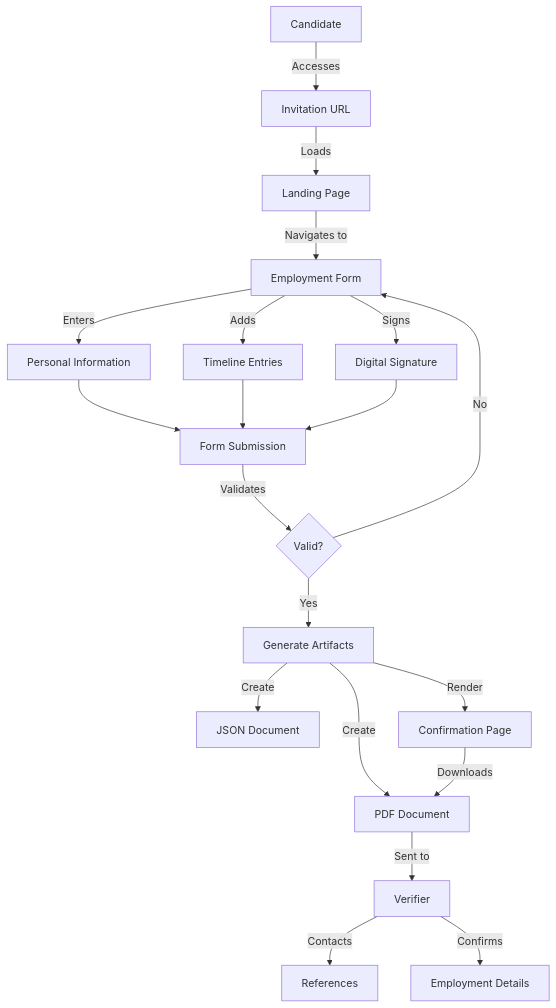
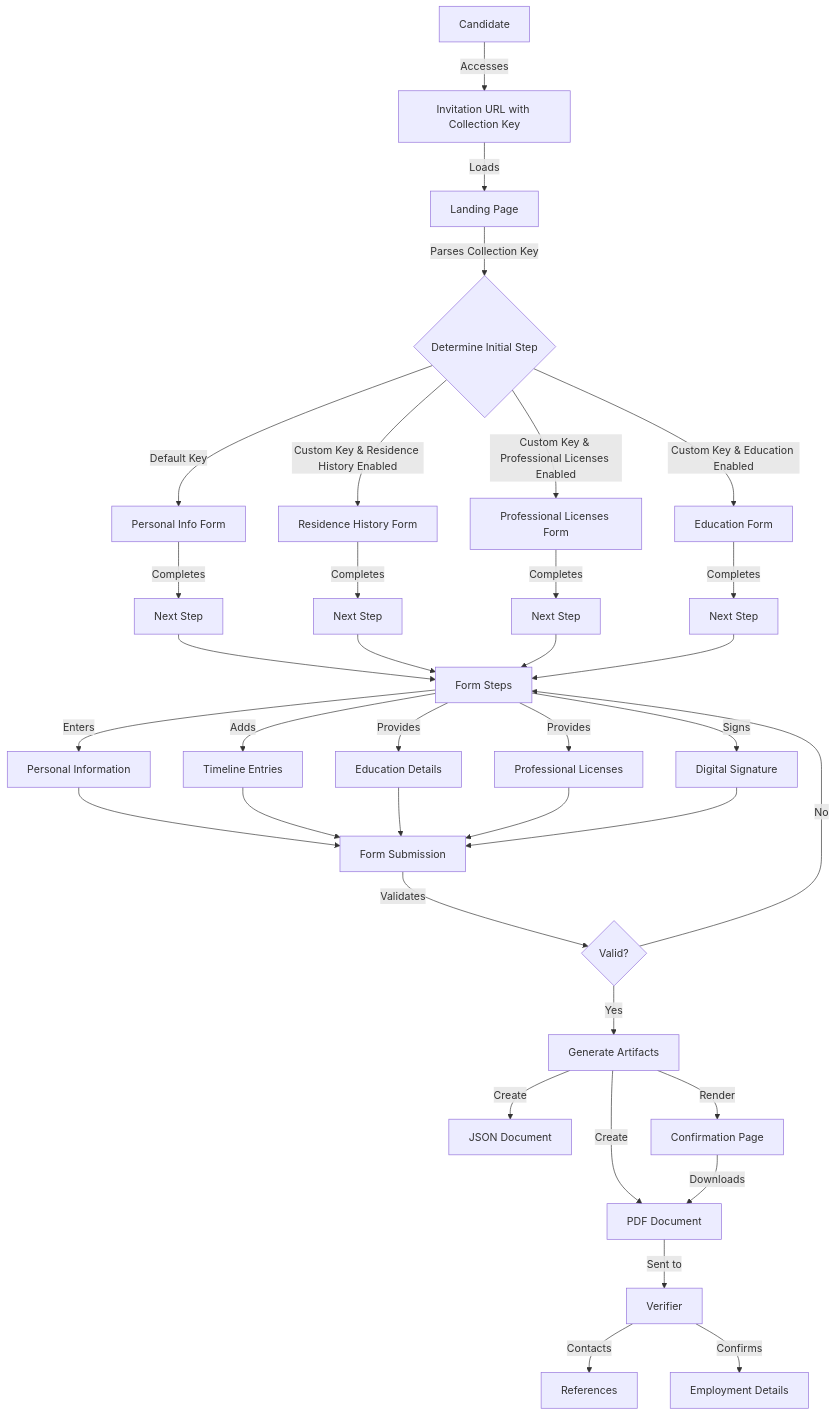
The diagram in docs/data-flow-diagram.md (jhighman/trua-collect), drawn with Mermaid before and after one commit. The commit also changed other lines of this file and 4 other files, not shown here.

````diff
--- a/docs/data-flow-diagram.md
+++ b/docs/data-flow-diagram.md
@@ -7,28 +7,47 @@
 ```mermaid
 flowchart TD
-    A[Candidate] -->|Accesses| B[Invitation URL]
+    A[Candidate] -->|Accesses| B[Invitation URL with Collection Key]
     B -->|Loads| C[Landing Page]
-    C -->|Navigates to| D[Employment Form]
+    C -->|Parses Collection Key| C1{Determine Initial Step}
     
-    D -->|Enters| E[Personal Information]
-    D -->|Adds| F[Timeline Entries]
-    D -->|Signs| G[Digital Signature]
+    C1 -->|Default Key| D1[Personal Info Form]
+    C1 -->|Custom Key & Residence History Enabled| D2[Residence History Form]
+    C1 -->|Custom Key & Professional Licenses Enabled| D3[Professional Licenses Form]
+    C1 -->|Custom Key & Education Enabled| D4[Education Form]
     
-    E --> H[Form Submission]
-    F --> H
-    G --> H
+    D1 -->|Completes| E1[Next Step]
+    D2 -->|Completes| E2[Next Step]
+    D3 -->|Completes| E3[Next Step]
+    D4 -->|Completes| E4[Next Step]
+    
+    E1 --> F[Form Steps]
+    E2 --> F
+    E3 --> F
+    E4 --> F
+    
+    F -->|Enters| G1[Personal Information]
+    F -->|Adds| G2[Timeline Entries]
+    F -->|Provides| G3[Education Details]
+    F -->|Provides| G4[Professional Licenses]
+    F -->|Signs| G5[Digital Signature]
+    
+    G1 --> H[Form Submission]
+    G2 --> H
+    G3 --> H
+    G4 --> H
+    G5 --> H
     
     H -->|Validates| I{Valid?}
-    I -->|No| D
+    I -->|No| F
     I -->|Yes| J[Generate Artifacts]
     
     J -->|Create| K[JSON Document]
     J -->|Create| L[PDF Document]
     J -->|Render| M[Confirmation Page]
     
     M -->|Downloads| L
     L -->|Sent to| N[Verifier]
     
     N -->|Contacts| O[References]
     N -->|Confirms| P[Employment Details]
 ```
````
